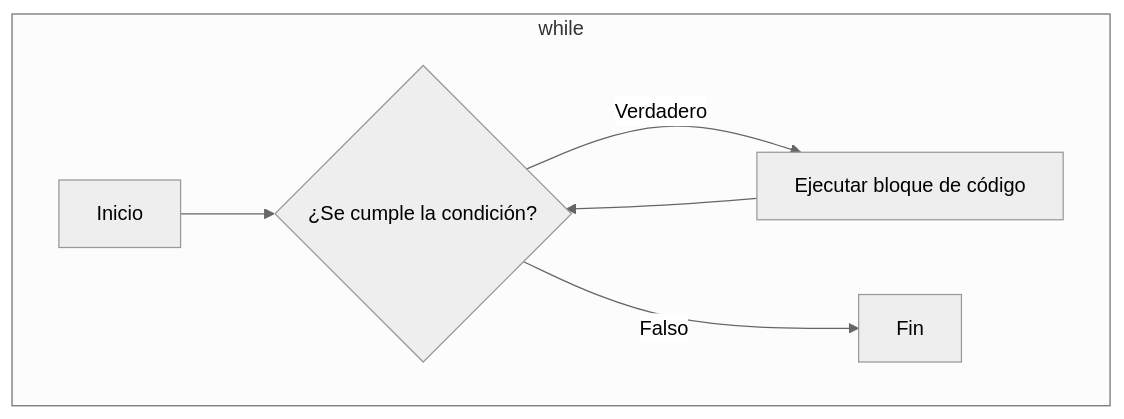
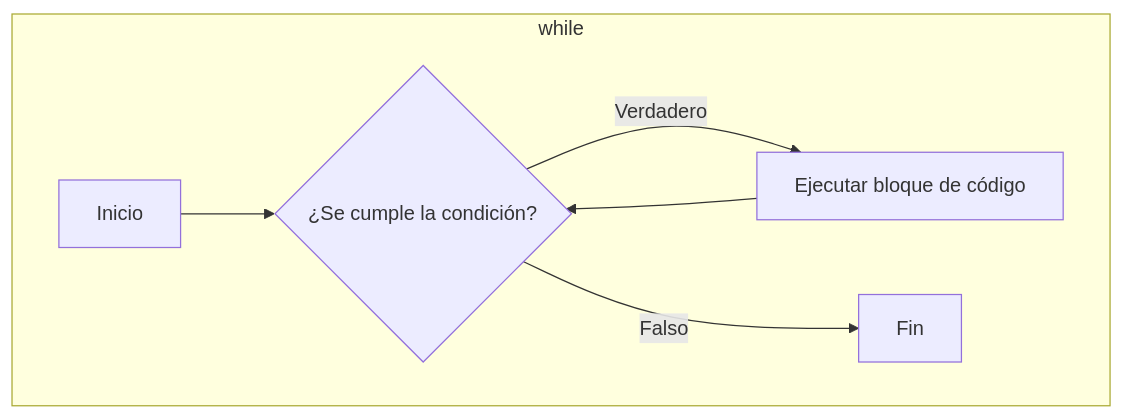
Before and after one commit to INGCOM-UNRN-P1/INGCOM-UNRN-P1.github.io: the first of 2 diagrams in apunte/gradual.md, drawn with Mermaid. The commit also changed other lines of this file, not shown here.

````diff
--- a/apunte/gradual.md
+++ b/apunte/gradual.md
@@ -747,14 +747,9 @@
 ```{mermaid}
----
-config:
-  theme: neutral
-  layout: dagre
----
 flowchart TD
     subgraph while
       Inicio --> EvaluarCondicion{"¿Se cumple la condición?"}
       EvaluarCondicion -- "Verdadero" --> EjecutarBloque[Ejecutar bloque de código]
       EjecutarBloque --> EvaluarCondicion
       EvaluarCondicion -- "Falso" --> Fin
     end
 ```
````
